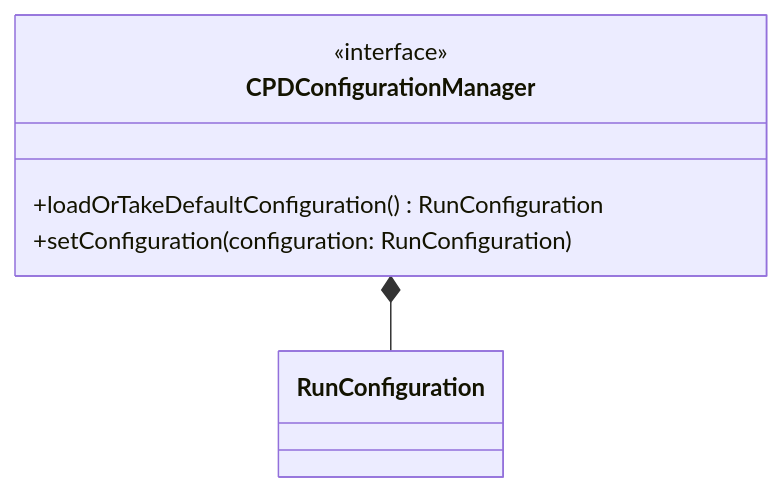
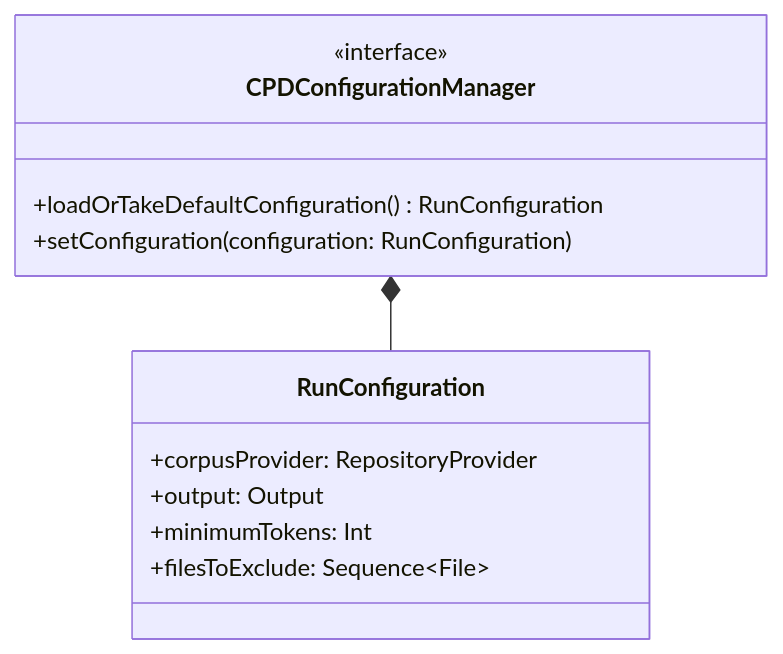
Diagram 12 of 12 in doc.md (tassiLuca/code-plagiarism-detector-doc), drawn with Mermaid before and after one commit. The commit also changed other lines of this file, not shown here.

````diff
--- a/doc.md
+++ b/doc.md
@@ -435,11 +435,17 @@
 ```mermaid 
 classDiagram
     direction BT
     class CPDConfigurationManager {
         <<interface>>
         +loadOrTakeDefaultConfiguration() RunConfiguration
         +setConfiguration(configuration: RunConfiguration)
     }
 
+    class RunConfiguration {
+        +corpusProvider: RepositoryProvider
+        +output: Output
+        +minimumTokens: Int
+        +filesToExclude: Sequence~File~
+    }
     RunConfiguration --* CPDConfigurationManager
 ```
````
